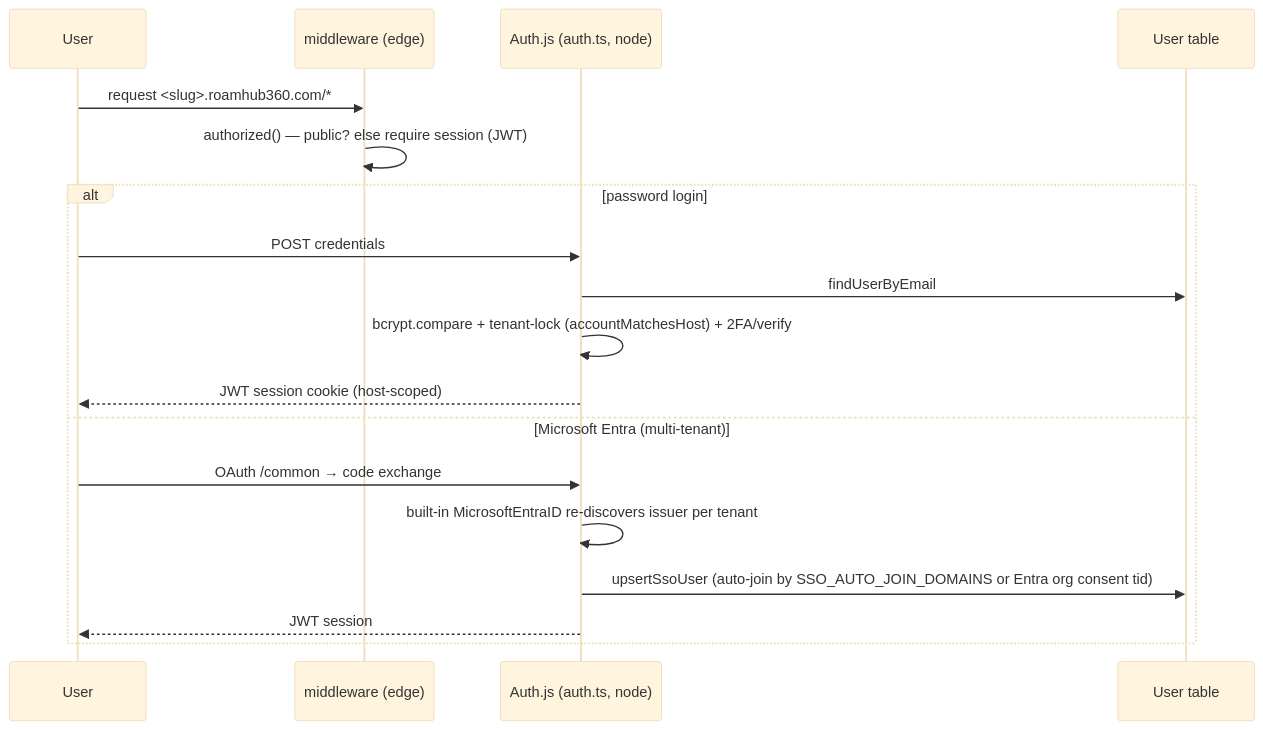
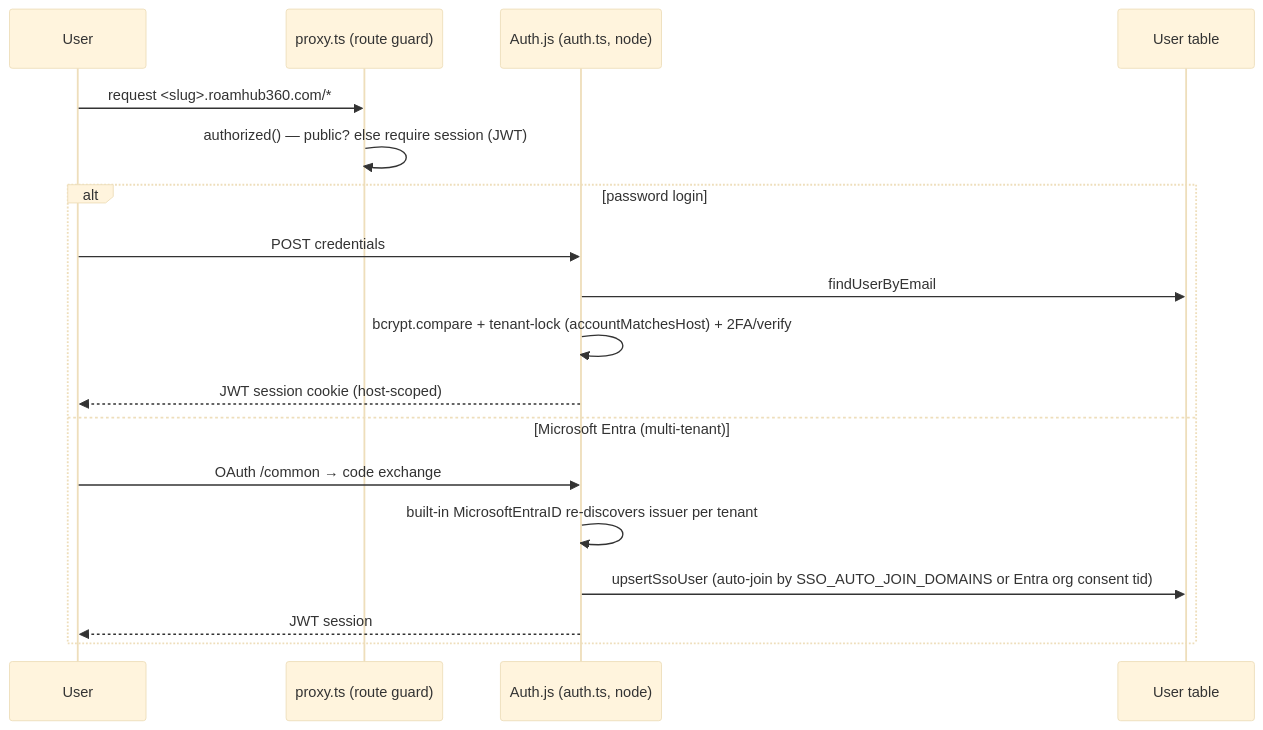
The second of 4 diagrams in PROJECT_HANDOVER/02_ARCHITECTURE.md (techhubaustralia/techhub-roamhub360), drawn with Mermaid (base theme) before and after one commit. The commit also changed other lines of this file and 20 other files, not shown here.

First line of the commit message:
Housekeeping: middleware -> proxy (Next 16), presence opt-out on the map, plan delete releases bookings, store assets

````diff
--- a/PROJECT_HANDOVER/02_ARCHITECTURE.md
+++ b/PROJECT_HANDOVER/02_ARCHITECTURE.md
@@ -70,20 +70,20 @@
 ```mermaid
 sequenceDiagram
   participant U as User
-  participant MW as middleware (edge)
+  participant MW as proxy.ts (route guard)
   participant AJ as Auth.js (auth.ts, node)
   participant DB as User table
   U->>MW: request <slug>.roamhub360.com/*
   MW->>MW: authorized() — public? else require session (JWT)
   alt password login
     U->>AJ: POST credentials
     AJ->>DB: findUserByEmail
     AJ->>AJ: bcrypt.compare + tenant-lock (accountMatchesHost) + 2FA/verify
     AJ-->>U: JWT session cookie (host-scoped)
   else Microsoft Entra (multi-tenant)
     U->>AJ: OAuth /common → code exchange
     AJ->>AJ: built-in MicrosoftEntraID re-discovers issuer per tenant
     AJ->>DB: upsertSsoUser (auto-join by SSO_AUTO_JOIN_DOMAINS or Entra org consent tid)
     AJ-->>U: JWT session
   end
 ```
````
